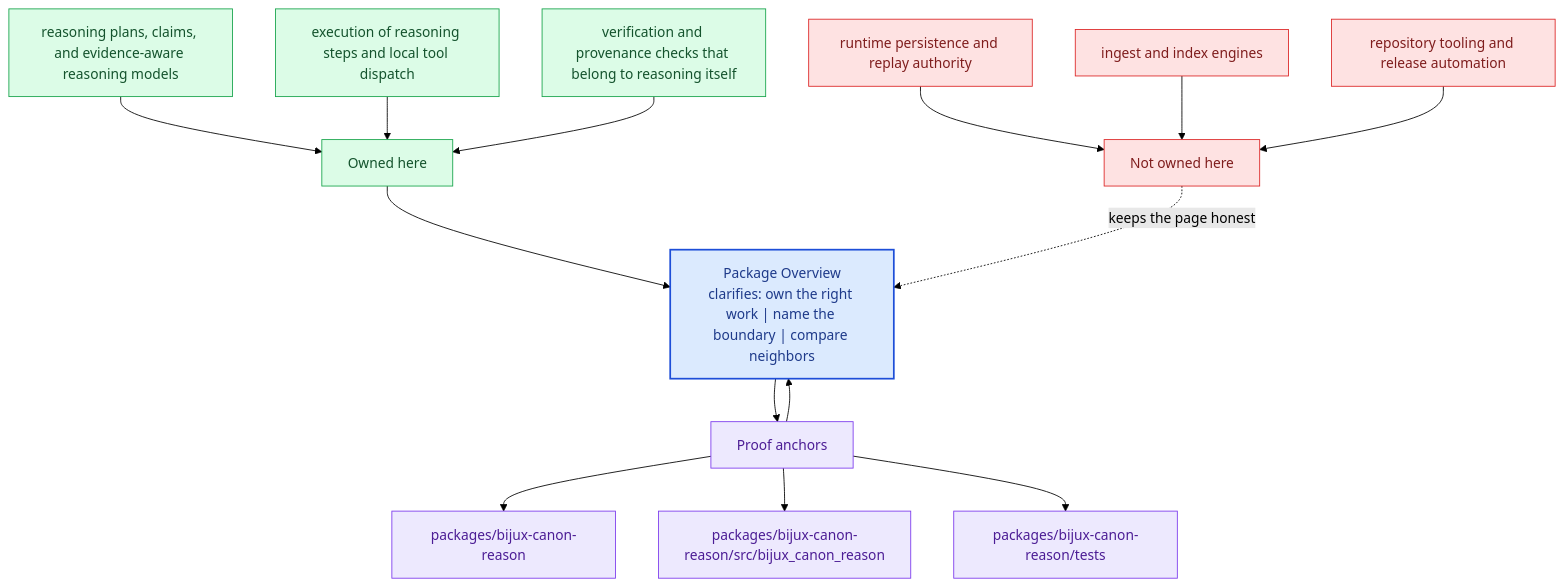
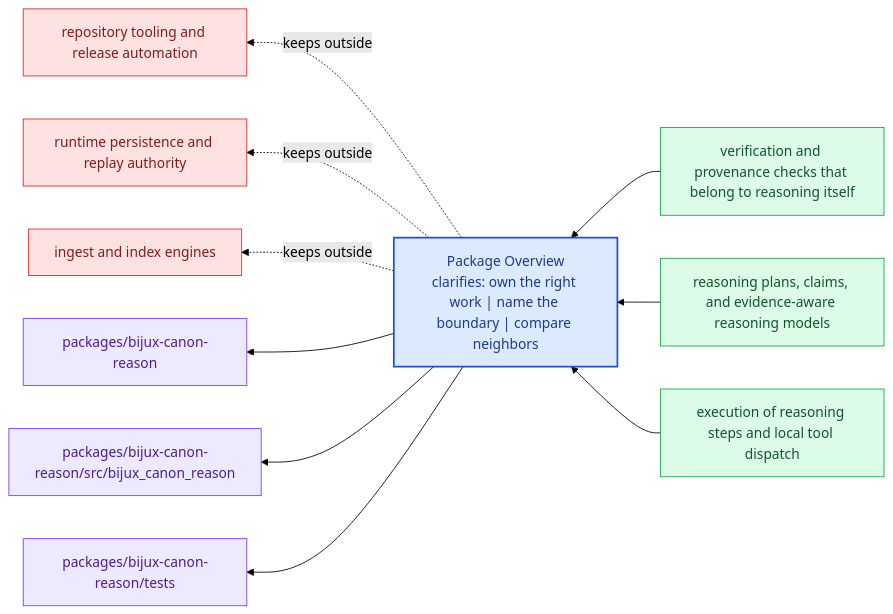
The diagram in docs/bijux-canon-reason/foundation/package-overview.md (bijux/bijux-canon), drawn with Mermaid (forest theme) before and after one commit. The commit also changed other lines of this file and 281 other files, not shown here.

Commit message:
docs(diagrams): replace repeated mermaid scaffolds with page-specific summaries

````diff
--- a/docs/bijux-canon-reason/foundation/package-overview.md
+++ b/docs/bijux-canon-reason/foundation/package-overview.md
@@ -68,40 +23,31 @@
 ```mermaid
-flowchart TB
-    promise["Package Overview<br/>clarifies: own the right work | name the boundary | compare neighbors"]
-    classDef promise fill:#dbeafe,stroke:#1d4ed8,color:#1e3a8a,stroke-width:2px;
-    classDef driver fill:#dcfce7,stroke:#16a34a,color:#14532d;
-    classDef constraint fill:#fee2e2,stroke:#dc2626,color:#7f1d1d;
-    classDef ground fill:#ede9fe,stroke:#7c3aed,color:#4c1d95;
-    focus1["Owned here"]
-    focus1 --> promise
-    focus1_1["reasoning plans, claims, and evidence-aware reasoning models"]
-    focus1_1 --> focus1
-    focus1_2["execution of reasoning steps and local tool dispatch"]
-    focus1_2 --> focus1
-    focus1_3["verification and provenance checks that belong to reasoning itself"]
-    focus1_3 --> focus1
-    class focus1 driver;
-    class focus1_1,focus1_2,focus1_3 driver;
-    focus2["Not owned here"]
-    focus2 -.keeps the page honest.-> promise
-    focus2_1["runtime persistence and replay authority"]
-    focus2_1 --> focus2
-    focus2_2["ingest and index engines"]
-    focus2_2 --> focus2
-    focus2_3["repository tooling and release automation"]
-    focus2_3 --> focus2
-    class focus2 constraint;
-    class focus2_1,focus2_2,focus2_3 constraint;
-    focus3["Proof anchors"]
-    focus3 --> promise
-    promise --> focus3
-    focus3_1["packages/bijux-canon-reason"]
-    focus3 --> focus3_1
-    focus3_2["packages/bijux-canon-reason/src/bijux_canon_reason"]
-    focus3 --> focus3_2
-    focus3_3["packages/bijux-canon-reason/tests"]
-    focus3 --> focus3_3
-    class focus3 ground;
-    class focus3_1,focus3_2,focus3_3 ground;
-    class promise promise;
+flowchart RL
+    page["Package Overview<br/>clarifies: own the right work | name the boundary | compare neighbors"]
+    classDef page fill:#dbeafe,stroke:#1d4ed8,color:#1e3a8a,stroke-width:2px;
+    classDef positive fill:#dcfce7,stroke:#16a34a,color:#14532d;
+    classDef caution fill:#fee2e2,stroke:#dc2626,color:#7f1d1d;
+    classDef anchor fill:#ede9fe,stroke:#7c3aed,color:#4c1d95;
+    classDef action fill:#fef3c7,stroke:#d97706,color:#7c2d12;
+    own1["verification and provenance checks that belong to reasoning itself"]
+    own1 --> page
+    own2["reasoning plans, claims, and evidence-aware reasoning models"]
+    own2 --> page
+    own3["execution of reasoning steps and local tool dispatch"]
+    own3 --> page
+    limit1["repository tooling and release automation"]
+    page -.keeps outside.-> limit1
+    limit2["runtime persistence and replay authority"]
+    page -.keeps outside.-> limit2
+    limit3["ingest and index engines"]
+    page -.keeps outside.-> limit3
+    anchor1["packages/bijux-canon-reason"]
+    page --> anchor1
+    anchor2["packages/bijux-canon-reason/src/bijux_canon_reason"]
+    page --> anchor2
+    anchor3["packages/bijux-canon-reason/tests"]
+    page --> anchor3
+    class page page;
+    class own1,own2,own3 positive;
+    class limit1,limit2,limit3 caution;
+    class anchor1,anchor2,anchor3 anchor;
 ```
````
